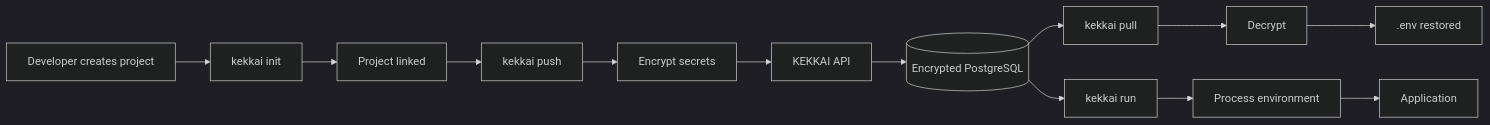
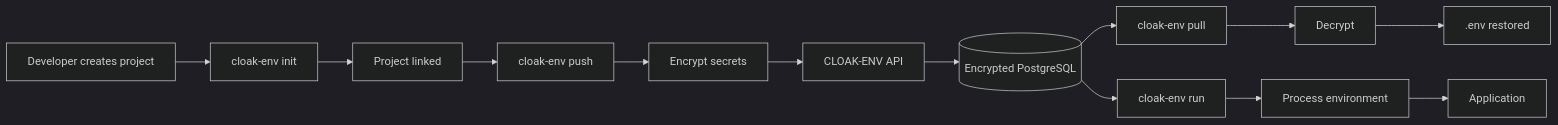
The fifth of 6 diagrams in KEKKAI_Project_Specification.md (aninda8680/Kekkai), drawn with Mermaid (dark theme) before and after one commit. The commit also changed other lines of this file and 45 other files, not shown here.

````diff
--- a/KEKKAI_Project_Specification.md
+++ b/KEKKAI_Project_Specification.md
@@ -2220,17 +2220,17 @@
 ```mermaid
 flowchart LR
-    A[Developer creates project] --> B[kekkai init]
+    A[Developer creates project] --> B[cloak-env init]
     B --> C[Project linked]
-    C --> D[kekkai push]
+    C --> D[cloak-env push]
     D --> E[Encrypt secrets]
-    E --> F[KEKKAI API]
+    E --> F[CLOAK-ENV API]
     F --> G[(Encrypted PostgreSQL)]
 
-    G --> H[kekkai pull]
+    G --> H[cloak-env pull]
     H --> I[Decrypt]
     I --> J[.env restored]
 
-    G --> K[kekkai run]
+    G --> K[cloak-env run]
     K --> L[Process environment]
     L --> M[Application]
 ```
````
